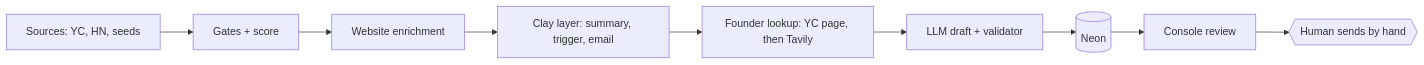
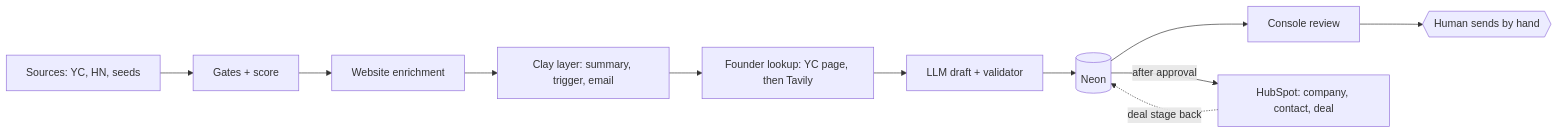
Before and after one commit to mohamedlandolsi/personal-gtm-engine: the diagram in README.md, drawn with Mermaid. The commit also changed other lines of this file and 14 other files, not shown here.

Commit message:
Sprint 13: HubSpot integration (Neon outbox, find-or-create sync, stage pull, console CRM status)

````diff
--- a/README.md
+++ b/README.md
@@ -21,11 +22,13 @@
 ```mermaid
 flowchart LR
     A["Sources: YC, HN, seeds"] --> B["Gates + score"]
     B --> C["Website enrichment"]
     C --> D["Clay layer: summary, trigger, email"]
     D --> E["Founder lookup: YC page, then Tavily"]
     E --> F["LLM draft + validator"]
     F --> G[("Neon")]
     G --> H["Console review"]
     H --> I{{"Human sends by hand"}}
+    G -- "after approval" --> J["HubSpot: company, contact, deal"]
+    J -. "deal stage back" .-> G
 ```
````
